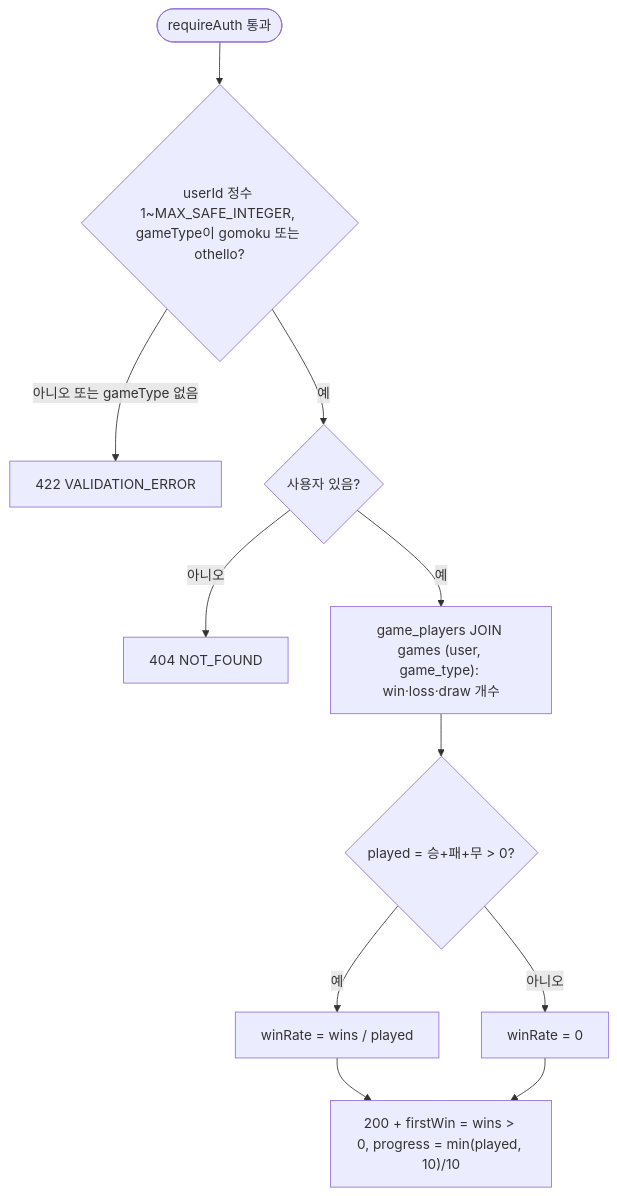
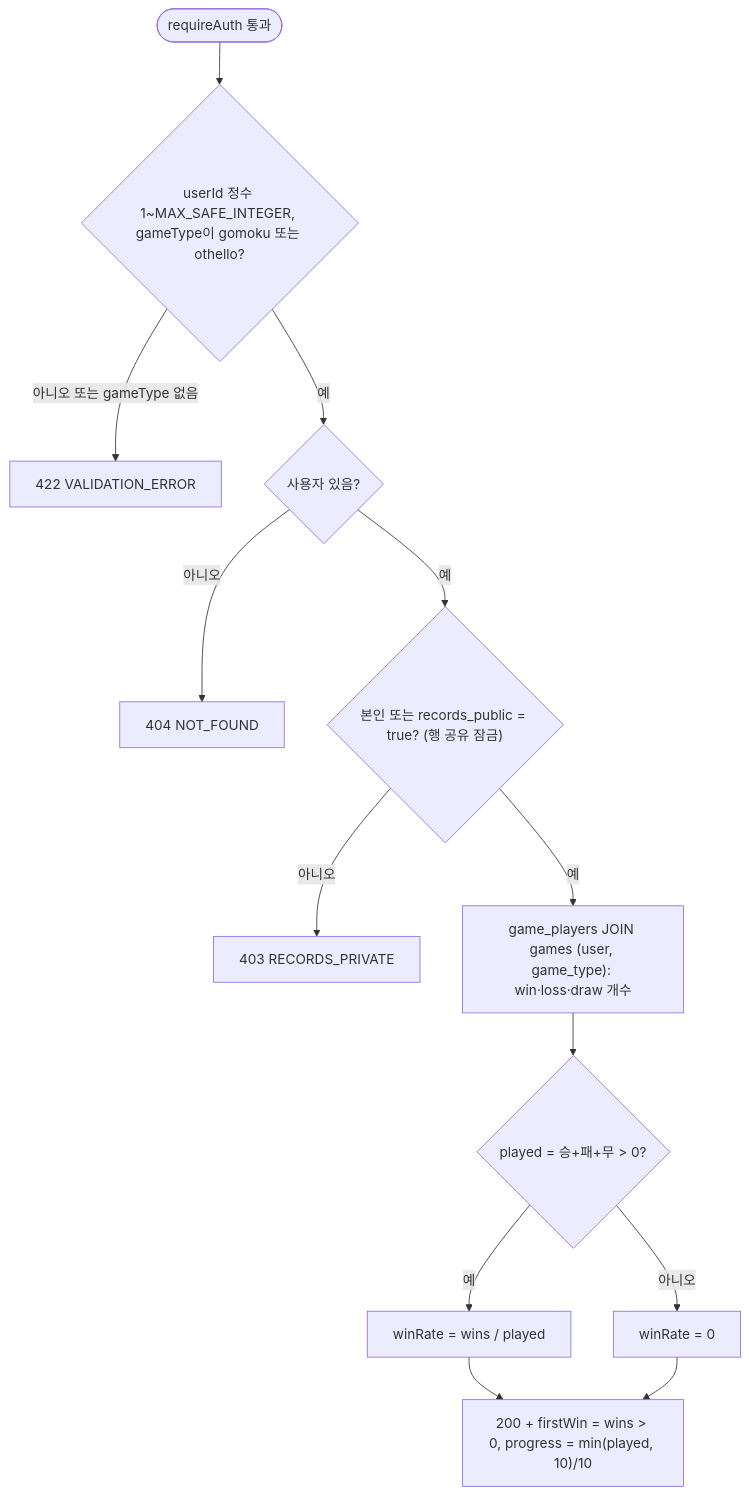
One commit to EscapeFromGyeongsan/ft_transcendence changed diagram 38 of 49 in Document/SDS.md. Above: the diagram before and after it, drawn with Mermaid. The commit also changed other lines of this file and 28 other files, not shown here.

````diff
--- a/Document/SDS.md
+++ b/Document/SDS.md
@@ -1447,13 +1454,15 @@
 ```mermaid
 flowchart TD
     S([requireAuth 통과]) --> V{"userId 정수 1~MAX_SAFE_INTEGER, gameType이 gomoku 또는 othello?"}
     V -->|아니오 또는 gameType 없음| R422[422 VALIDATION_ERROR]
     V -->|예| U{사용자 있음?}
     U -->|아니오| R404[404 NOT_FOUND]
-    U -->|예| C["game_players JOIN games (user, game_type): win·loss·draw 개수"]
+    U -->|예| A{"본인 또는 records_public = true? (행 공유 잠금)"}
+    A -->|아니오| R403[403 RECORDS_PRIVATE]
+    A -->|예| C["game_players JOIN games (user, game_type): win·loss·draw 개수"]
     C --> P{"played = 승+패+무 > 0?"}
     P -->|예| R1["winRate = wins / played"]
     P -->|아니오| R0["winRate = 0"]
     R1 --> Out["200 + firstWin = wins > 0, progress = min(played, 10)/10"]
     R0 --> Out
 ```
````
